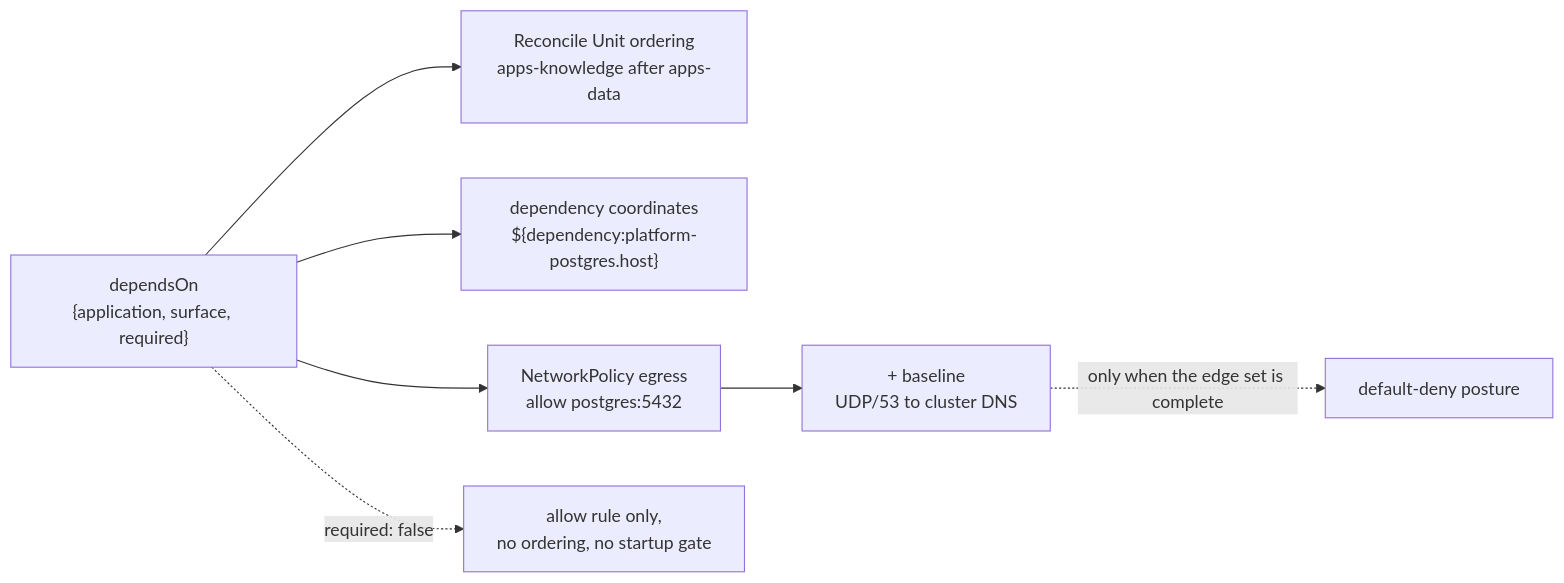
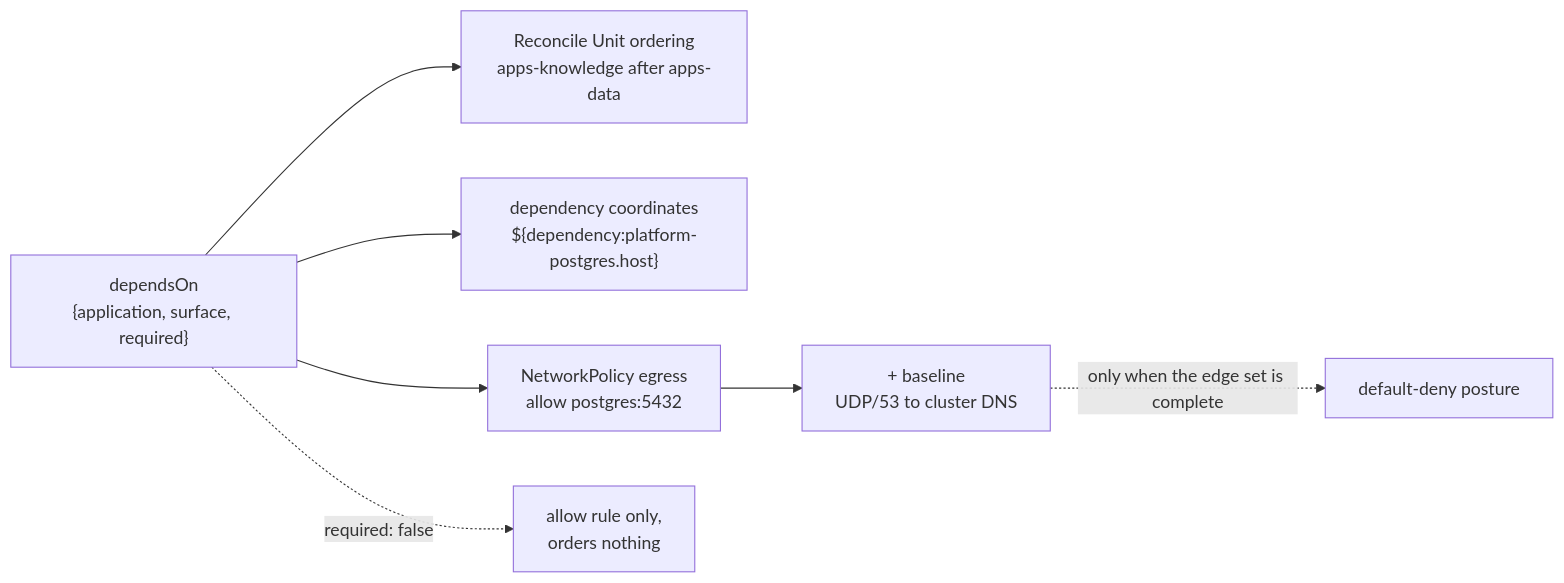
The first of 3 diagrams in spec/v1/16-dependencies.md (JorisJonkers-dev/deploy-kit), drawn with Mermaid before and after one commit. The commit also changed other lines of this file and 36 other files, not shown here.

````diff
--- a/spec/v1/16-dependencies.md
+++ b/spec/v1/16-dependencies.md
@@ -941,13 +945,13 @@
 ```mermaid
 flowchart LR
     E["dependsOn<br/>{application, surface, required}"]
 
     E --> O1["Reconcile Unit ordering<br/>apps-knowledge after apps-data"]
     E --> O2["dependency coordinates<br/>${dependency:platform-postgres.host}"]
     E --> O3["NetworkPolicy egress<br/>allow postgres:5432"]
 
-    E -.->|"required: false"| N1["allow rule only,<br/>no ordering, no startup gate"]
+    E -.->|"required: false"| N1["allow rule only,<br/>orders nothing"]
 
     O3 --> B["+ baseline<br/>UDP/53 to cluster DNS"]
     B -.->|"only when the edge set is complete"| D["default-deny posture"]
 ```
````
